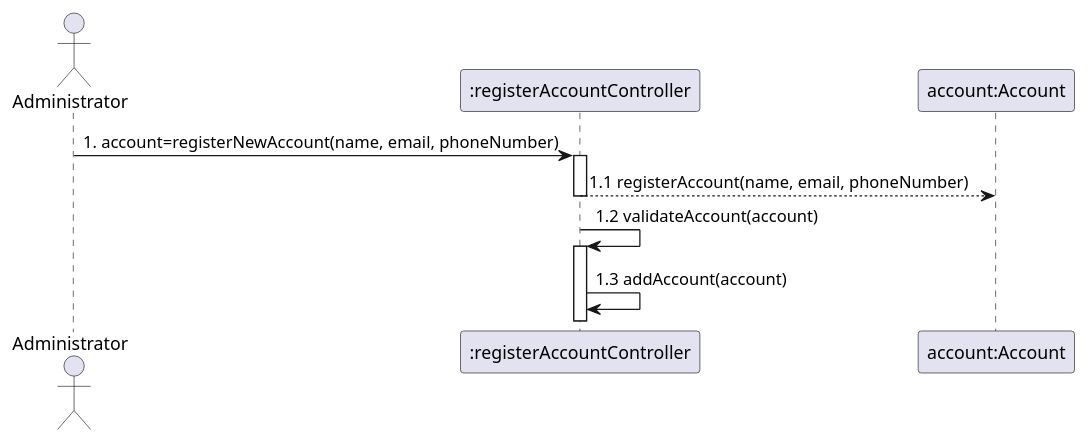
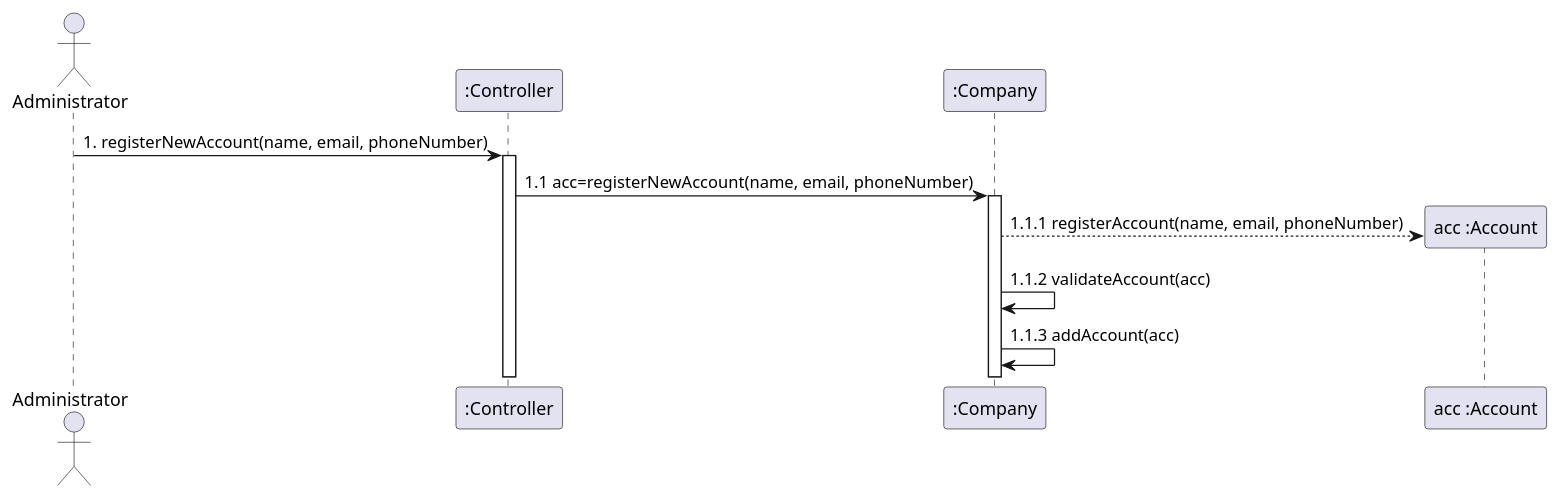
Before and after one commit to Loracline/project_switch_22-23: the diagram in docs/modelling_design/user_stories/us002/US002_Sequence_Diagram.puml, drawn with PlantUML.

Commit message:
US002: Design : Refinement of sequence diagram and addition of 'Company' (Use case: to register an account).

```diff
--- a/docs/modelling_design/user_stories/us002/US002_Sequence_Diagram.puml
+++ b/docs/modelling_design/user_stories/us002/US002_Sequence_Diagram.puml
@@ -1,14 +1,16 @@
 @startuml
 actor Administrator
-participant ":registerAccountController" as controller
-participant "account:Account" as Account
+participant ":Controller" as controller
+participant ":Company" as company
+participant "acc :Account" as account
 
-Administrator -> controller: 1. account=registerNewAccount(name, email, phoneNumber)
+Administrator -> controller: 1. registerNewAccount(name, email, phoneNumber)
 activate controller
-controller --> Account: 1.1 registerAccount(name, email, phoneNumber)
-deactivate controller
-controller -> controller: 1.2 validateAccount(account)
-activate controller
-controller -> controller: 1.3 addAccount(account)
+controller -> company: 1.1 acc=registerNewAccount(name, email, phoneNumber)
+activate company
+create account
+company --> account: 1.1.1 registerAccount(name, email, phoneNumber)
+company -> company: 1.1.2 validateAccount(acc)
+company -> company: 1.1.3 addAccount(acc)
 
 @enduml
```
